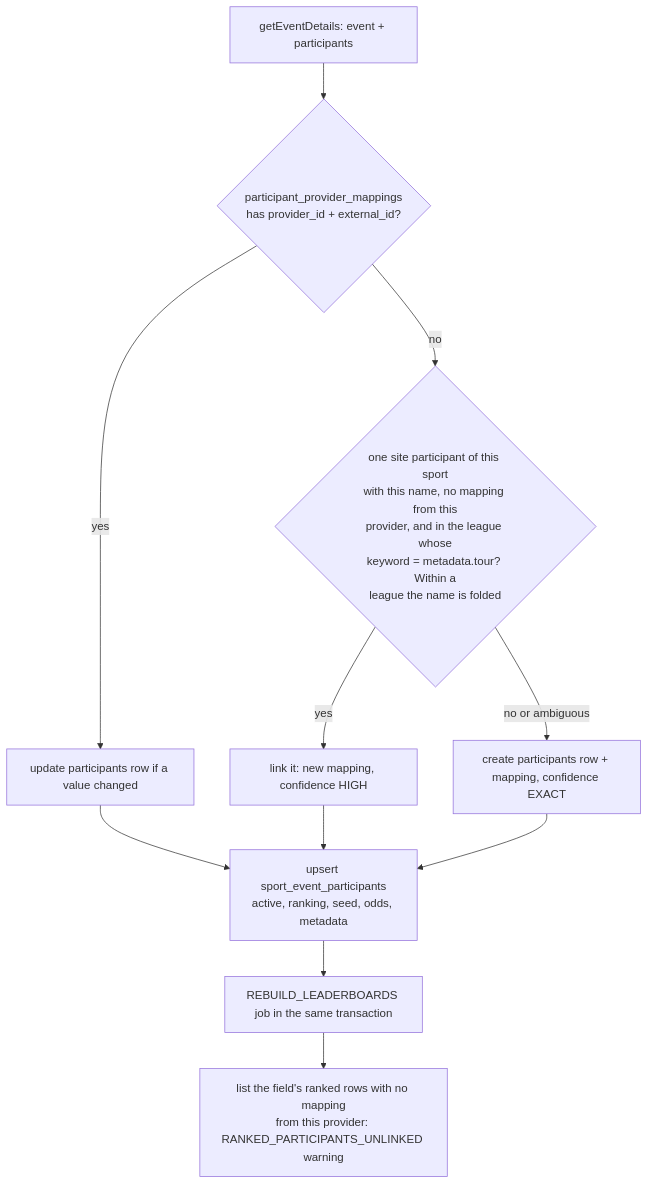
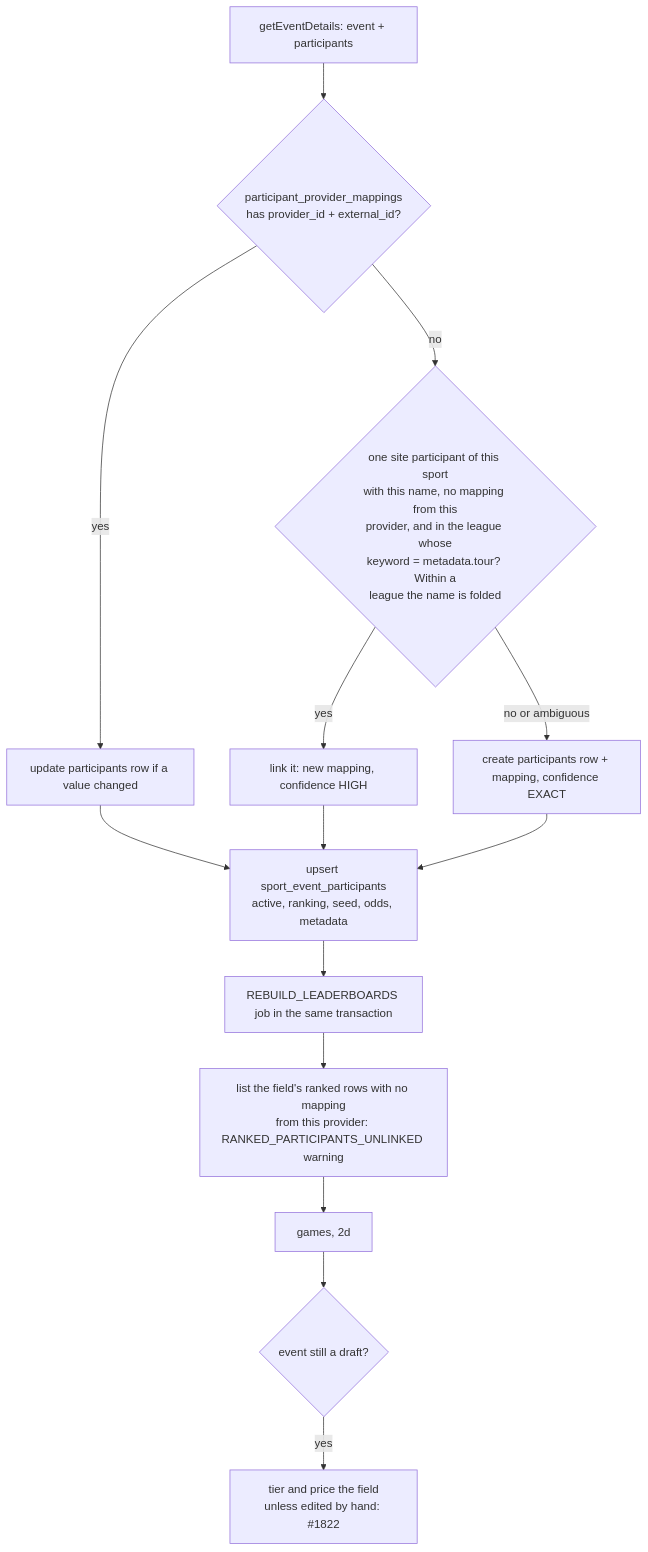
The second of 4 diagrams in docs/LIVE-SPORTS-DATA-SYNC.md (derek-dorazio/pool-master), drawn with Mermaid before and after one commit. The commit also changed other lines of this file and 8 other files, not shown here.

First line of the commit message:
Tier and price each synced field automatically while its event is a draft (#1826)

````diff
--- a/docs/LIVE-SPORTS-DATA-SYNC.md
+++ b/docs/LIVE-SPORTS-DATA-SYNC.md
@@ -181,11 +181,14 @@
 ```mermaid
 flowchart TD
   D[getEventDetails: event + participants] --> M{participant_provider_mappings<br/>has provider_id + external_id?}
   M -- yes --> U[update participants row if a value changed]
   M -- no --> N{one site participant of this sport<br/>with this name, no mapping from this<br/>provider, and in the league whose<br/>keyword = metadata.tour? Within a<br/>league the name is folded}
   N -- yes --> LK[link it: new mapping, confidence HIGH]
   N -- no or ambiguous --> CR[create participants row + mapping, confidence EXACT]
   U & LK & CR --> F[upsert sport_event_participants<br/>active, ranking, seed, odds, metadata]
   F --> J[REBUILD_LEADERBOARDS job in the same transaction]
   J --> W[list the field's ranked rows with no mapping<br/>from this provider: RANKED_PARTICIPANTS_UNLINKED warning]
+  W --> G[games, 2d]
+  G --> T{event still a draft?}
+  T -- yes --> TP[tier and price the field<br/>unless edited by hand: #1822]
 ```
````
